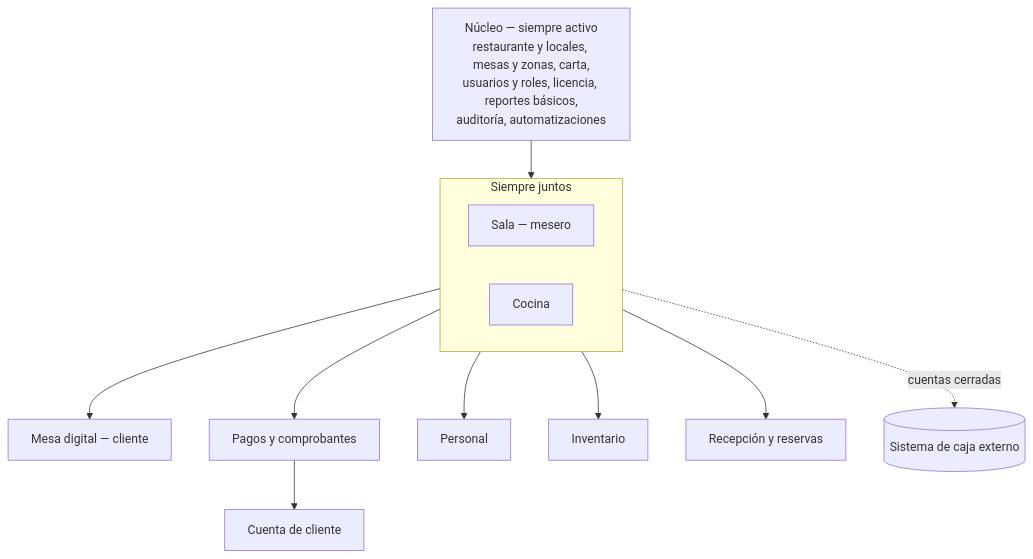
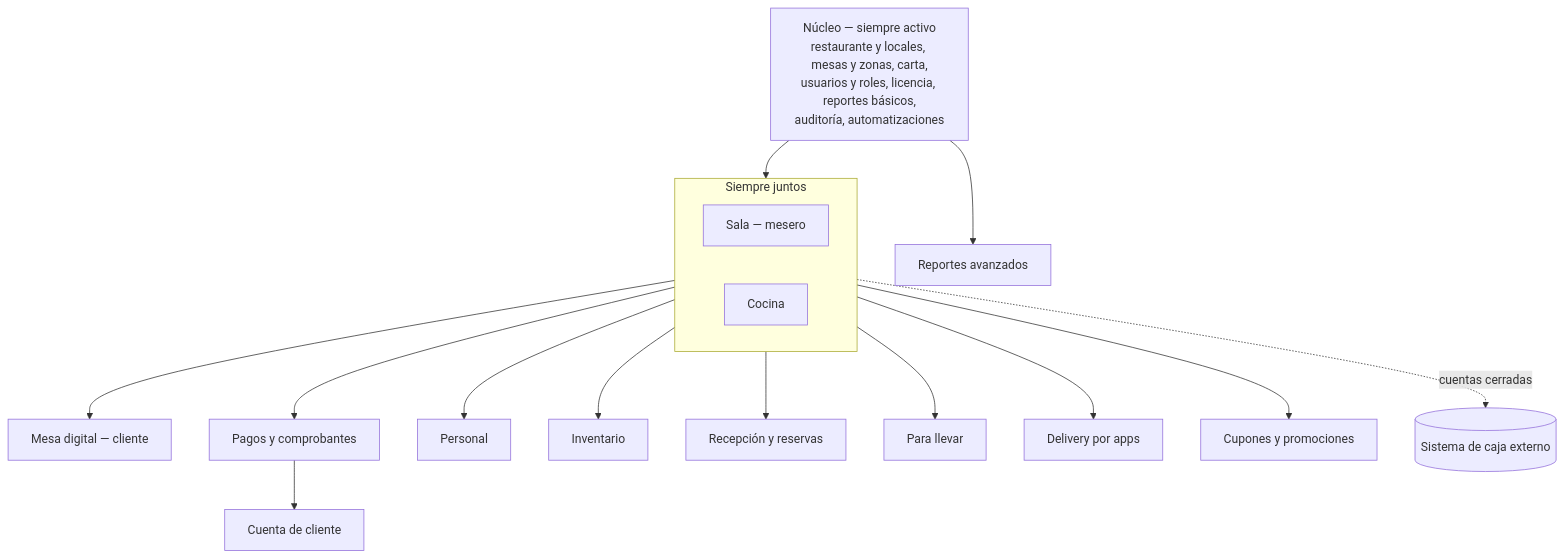
One commit to milkmantree/hungria changed the first of 2 diagrams in docs/modulos/README.md. Above: the diagram before and after it, drawn with Mermaid. The commit also changed other lines of this file and 13 other files, not shown here.

````diff
--- a/docs/modulos/README.md
+++ b/docs/modulos/README.md
@@ -6,16 +6,20 @@
 ```mermaid
 flowchart TB
     N[Núcleo — siempre activo<br/>restaurante y locales, mesas y zonas, carta,<br/>usuarios y roles, licencia, reportes básicos,<br/>auditoría, automatizaciones]
     N --> SC
     subgraph SC[Siempre juntos]
         S[Sala — mesero]
         C[Cocina]
     end
     SC --> M[Mesa digital — cliente]
     SC --> P[Pagos y comprobantes]
     SC --> PE[Personal]
     SC --> I[Inventario]
     SC --> R[Recepción y reservas]
+    SC --> PL[Para llevar]
+    SC --> DA[Delivery por apps]
+    SC --> CU[Cupones y promociones]
+    N --> RA[Reportes avanzados]
     P --> CC[Cuenta de cliente]
     SC -.->|cuentas cerradas| CJ[(Sistema de caja externo)]
 ```
````
